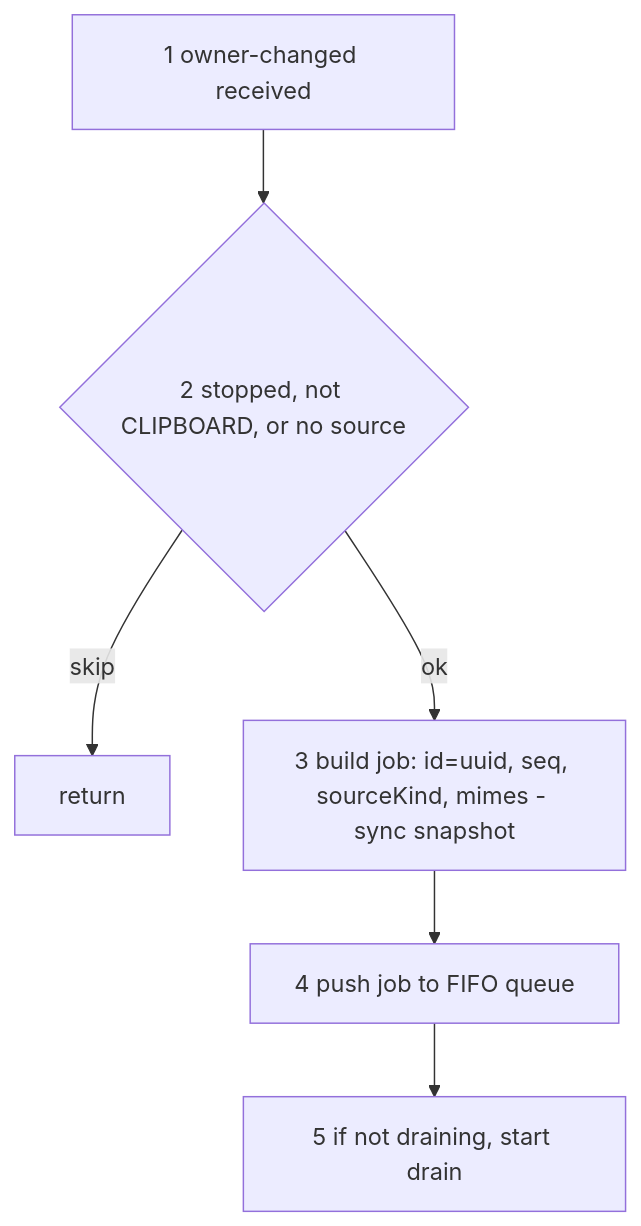
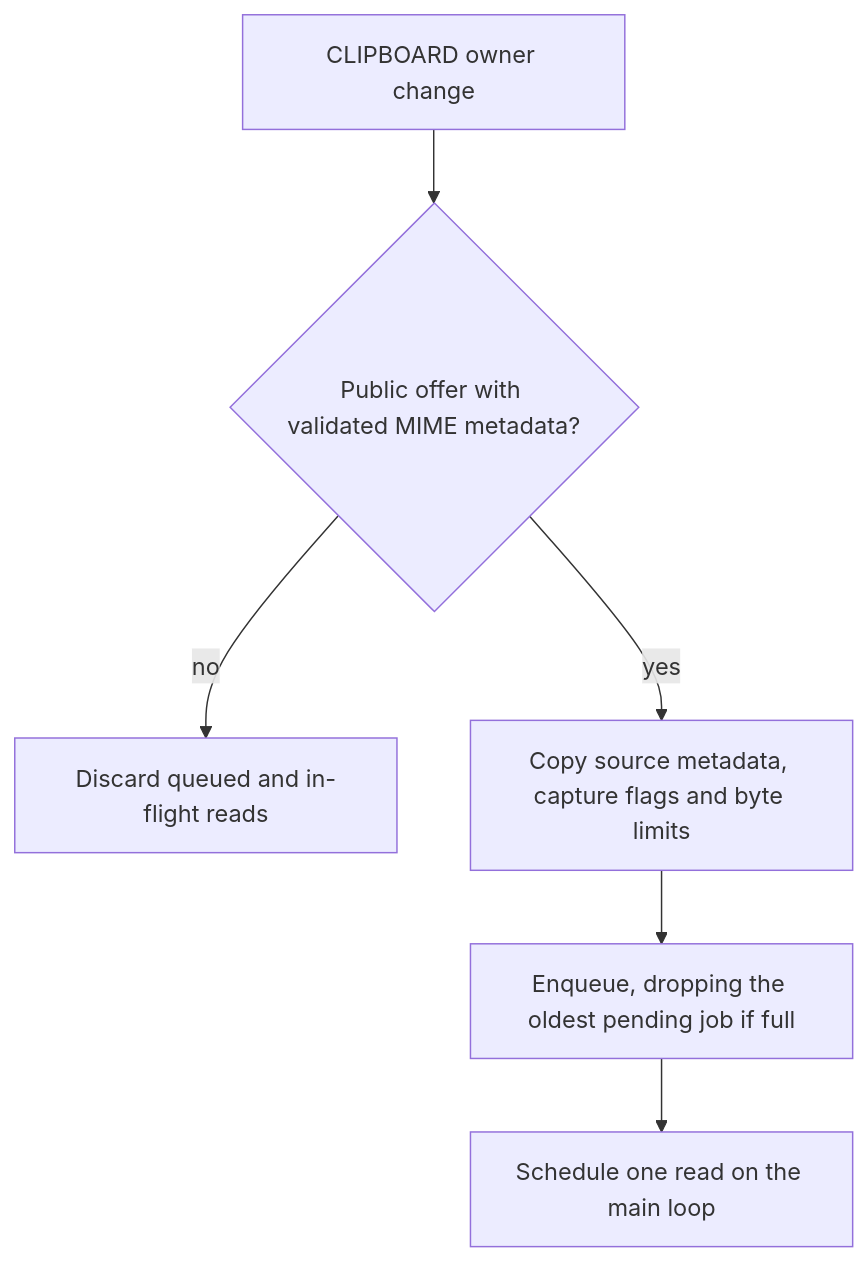
Before and after one commit to lumerix7/copy-gnome: the second of 3 diagrams in docs/03-clipboard/capture-pipeline.md, drawn with Mermaid. The commit also changed other lines of this file and 55 other files, not shown here.

````diff
--- a/docs/03-clipboard/capture-pipeline.md
+++ b/docs/03-clipboard/capture-pipeline.md
@@ -127,8 +128,8 @@
 ```mermaid
 flowchart TD
-    A["1 owner-changed received"] --> B{"2 stopped, not CLIPBOARD, or no source"}
-    B -- "skip" --> Z["return"]
-    B -- "ok" --> C["3 build job: id=uuid, seq, sourceKind, mimes - sync snapshot"]
-    C --> D["4 push job to FIFO queue"]
-    D --> E["5 if not draining, start drain"]
+    A["CLIPBOARD owner change"] --> B{"Public offer with validated MIME metadata?"}
+    B -- no --> Z["Discard queued and in-flight reads"]
+    B -- yes --> C["Copy source metadata, capture flags and byte limits"]
+    C --> D["Enqueue, dropping the oldest pending job if full"]
+    D --> E["Schedule one read on the main loop"]
 ```
````
